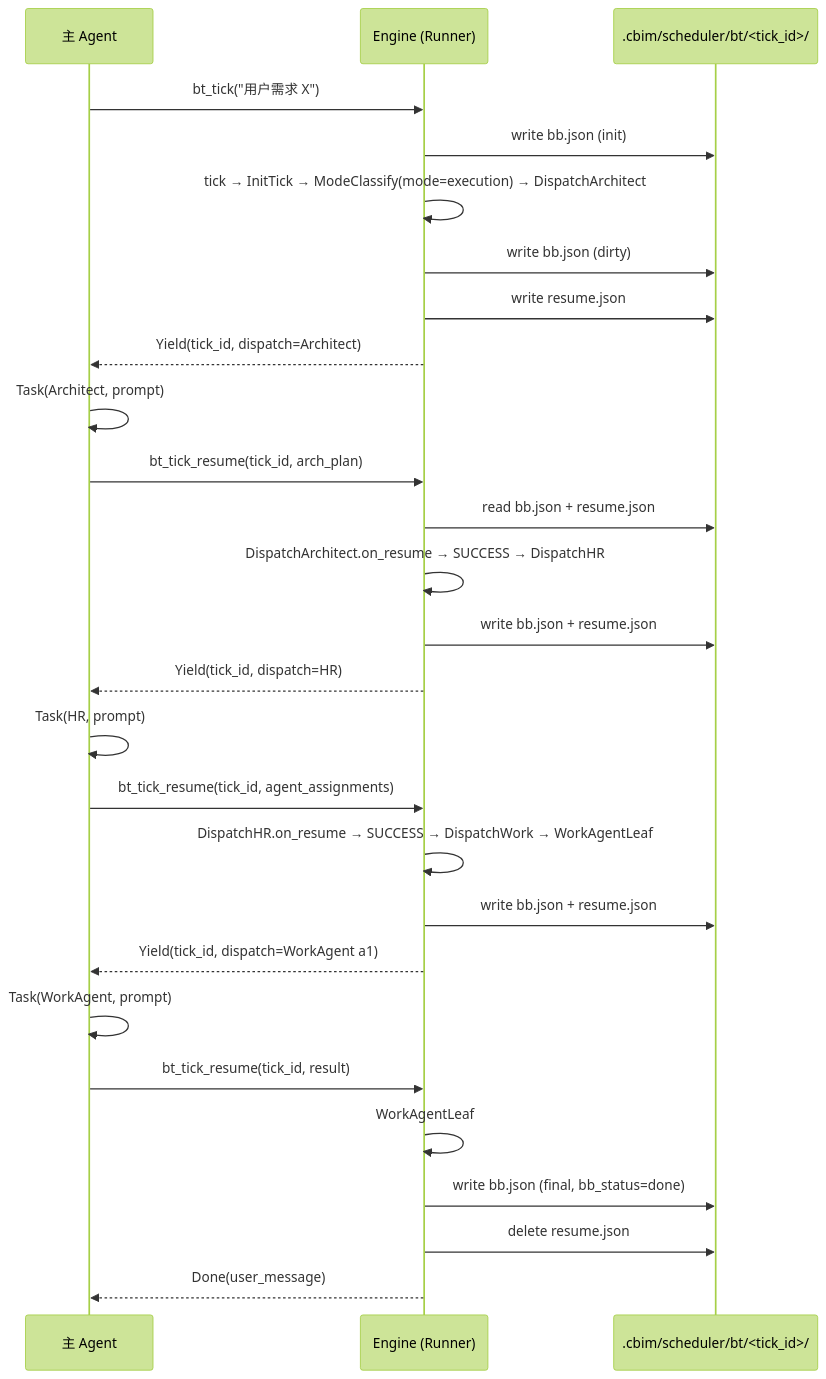
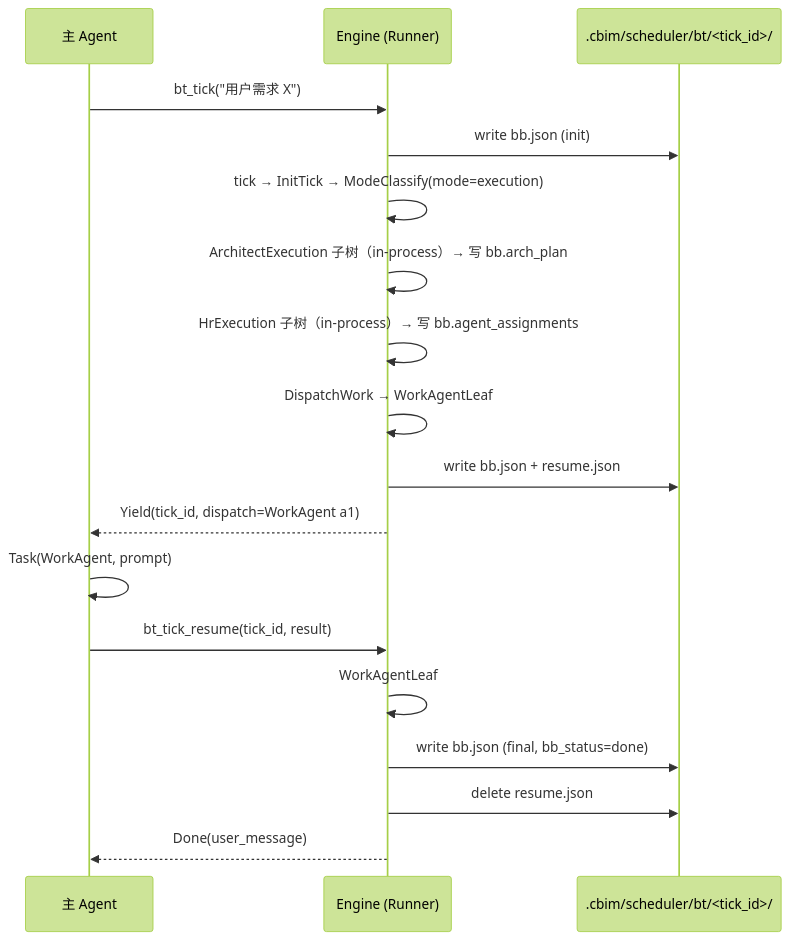
One commit to nan023062/agent-team-cc changed the diagram in v1/kernel/engine/execution/README.md. Above: the diagram before and after it, drawn with Mermaid (forest theme). The commit also changed other lines of this file and 20 other files, not shown here.

````diff
--- a/v1/kernel/engine/execution/README.md
+++ b/v1/kernel/engine/execution/README.md
@@ -263,33 +263,22 @@
 ```mermaid
 sequenceDiagram
     participant M as 主 Agent
     participant E as Engine (Runner)
     participant FS as .cbim/scheduler/bt/<tick_id>/
 
     M->>E: bt_tick("用户需求 X")
     E->>FS: write bb.json (init)
-    E->>E: tick → InitTick → ModeClassify(mode=execution) → DispatchArchitect
-    E->>FS: write bb.json (dirty)
-    E->>FS: write resume.json
-    E-->>M: Yield(tick_id, dispatch=Architect)
-
-    M->>M: Task(Architect, prompt)
-    M->>E: bt_tick_resume(tick_id, arch_plan)
-    E->>FS: read bb.json + resume.json
-    E->>E: DispatchArchitect.on_resume → SUCCESS → DispatchHR
-    E->>FS: write bb.json + resume.json
-    E-->>M: Yield(tick_id, dispatch=HR)
-
-    M->>M: Task(HR, prompt)
-    M->>E: bt_tick_resume(tick_id, agent_assignments)
-    E->>E: DispatchHR.on_resume → SUCCESS → DispatchWork → WorkAgentLeaf#a1
+    E->>E: tick → InitTick → ModeClassify(mode=execution)
+    E->>E: ArchitectExecution 子树（in-process）→ 写 bb.arch_plan
+    E->>E: HrExecution 子树（in-process）→ 写 bb.agent_assignments
+    E->>E: DispatchWork → WorkAgentLeaf#a1
     E->>FS: write bb.json + resume.json
     E-->>M: Yield(tick_id, dispatch=WorkAgent a1)
 
     M->>M: Task(WorkAgent, prompt)
     M->>E: bt_tick_resume(tick_id, result)
     E->>E: WorkAgentLeaf#a1.on_resume → SUCCESS → Respond → FlushMemory
     E->>FS: write bb.json (final, bb_status=done)
     E->>FS: delete resume.json
     E-->>M: Done(user_message)
 ```
````
